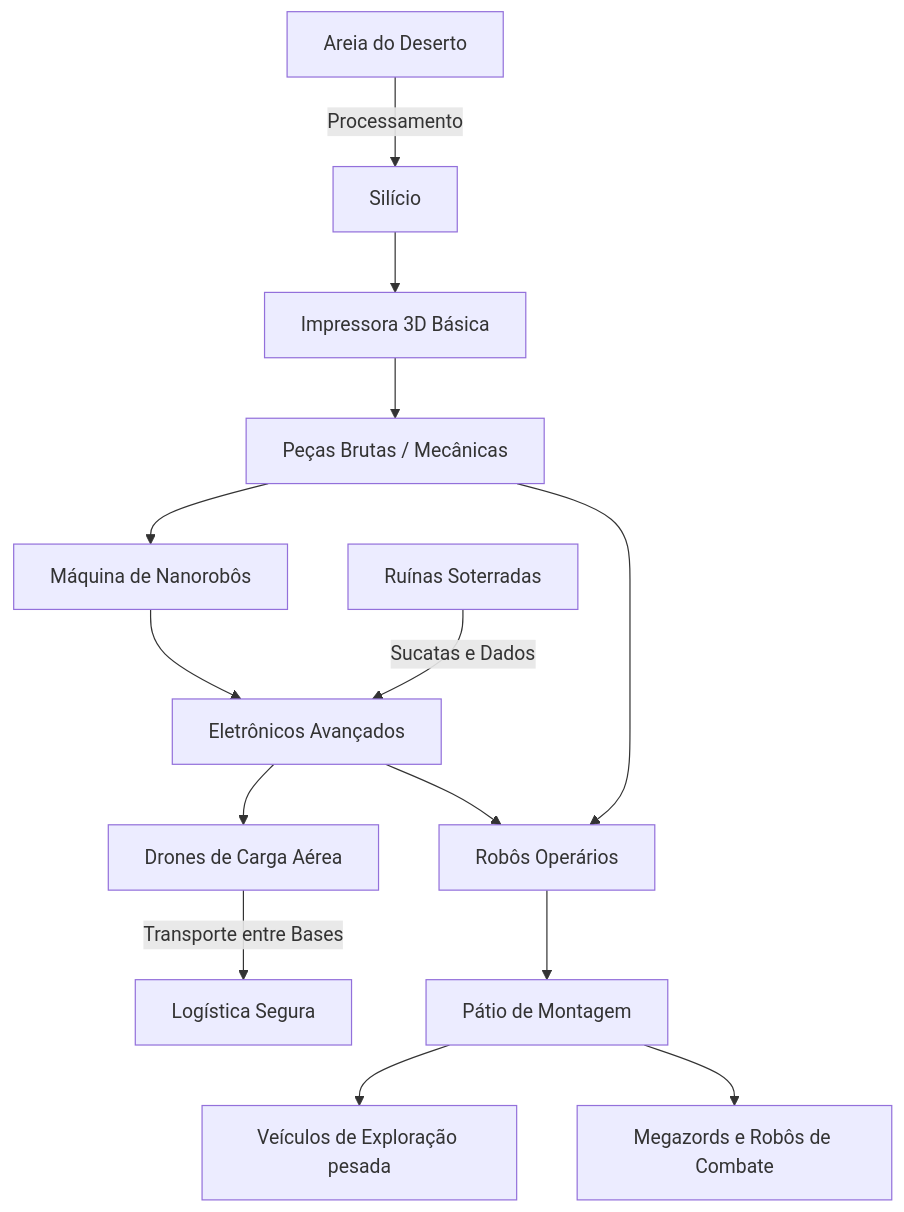
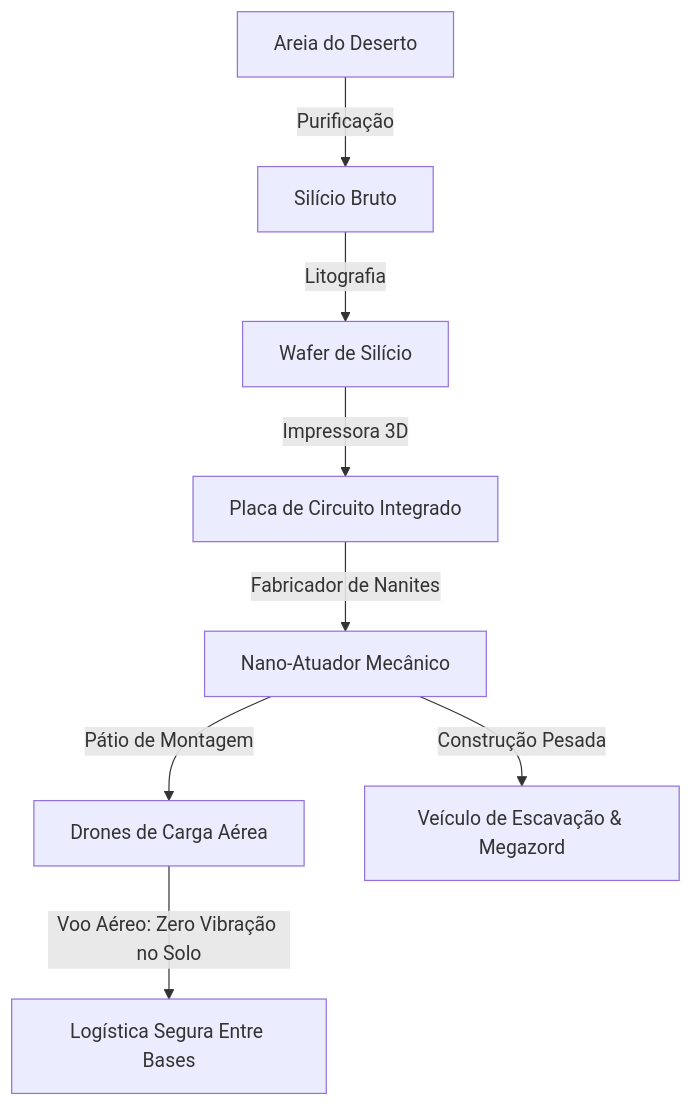
The second of 4 diagrams in README.md (fhfelipefh/SandStorm), drawn with Mermaid before and after one commit. The commit also changed other lines of this file and 2 other files, not shown here.

````diff
--- a/README.md
+++ b/README.md
@@ -55,15 +55,10 @@
 ```mermaid
 graph TD;
-    A[Areia do Deserto] -->|Processamento| B[Silício]
-    R[Ruínas Soterradas] -->|Sucatas e Dados| F
-    B --> C[Impressora 3D Básica]
-    C --> D[Peças Brutas / Mecânicas]
-    D --> E[Máquina de Nanorobôs]
-    E --> F[Eletrônicos Avançados]
-    D & F --> G[Robôs Operários]
-    F --> L[Drones de Carga Aérea]
-    L -->|Transporte entre Bases| M[Logística Segura]
-    G --> H[Pátio de Montagem]
-    H --> I[Veículos de Exploração pesada]
-    H --> J[Megazords e Robôs de Combate]
+    A[Areia do Deserto] -->|Purificação| B[Silício Bruto]
+    B -->|Litografia| C[Wafer de Silício]
+    C -->|Impressora 3D| D[Placa de Circuito Integrado]
+    D -->|Fabricador de Nanites| E[Nano-Atuador Mecânico]
+    E -->|Pátio de Montagem| F[Drones de Carga Aérea]
+    F -->|Voo Aéreo: Zero Vibração no Solo| G[Logística Segura Entre Bases]
+    E -->|Construção Pesada| H[Veículo de Escavação & Megazord]
 ```
````
